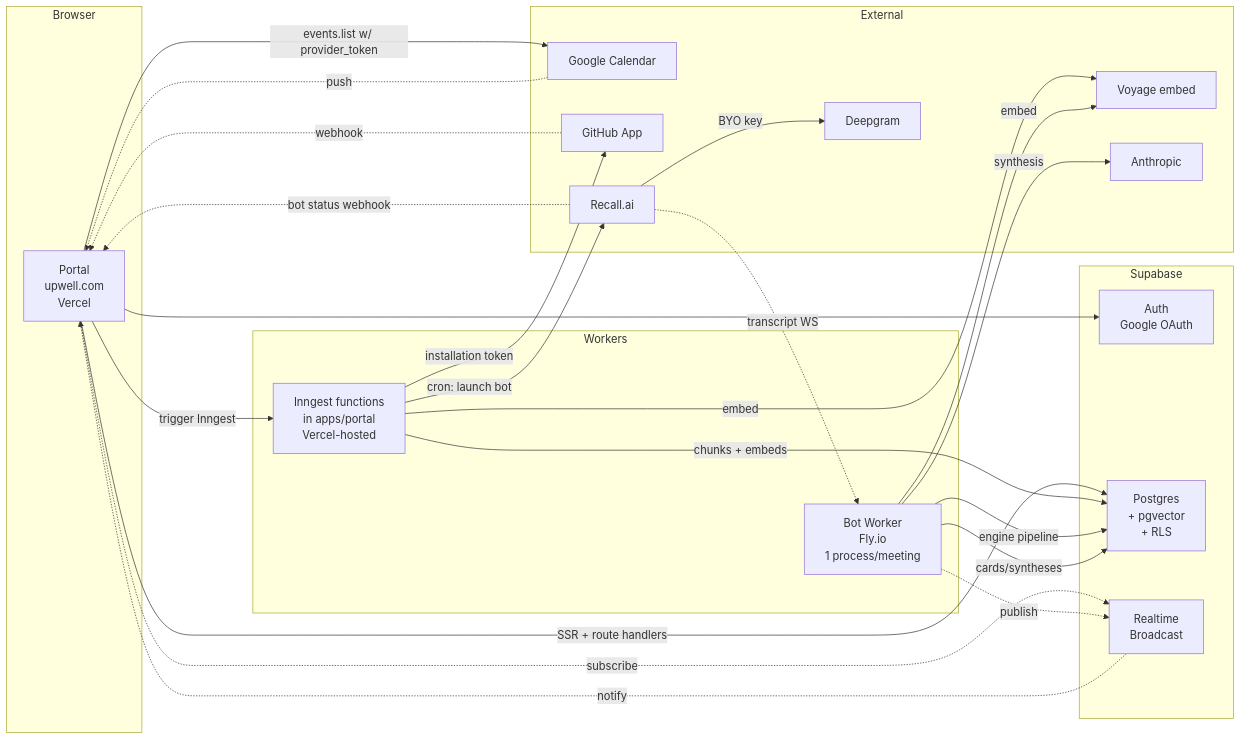
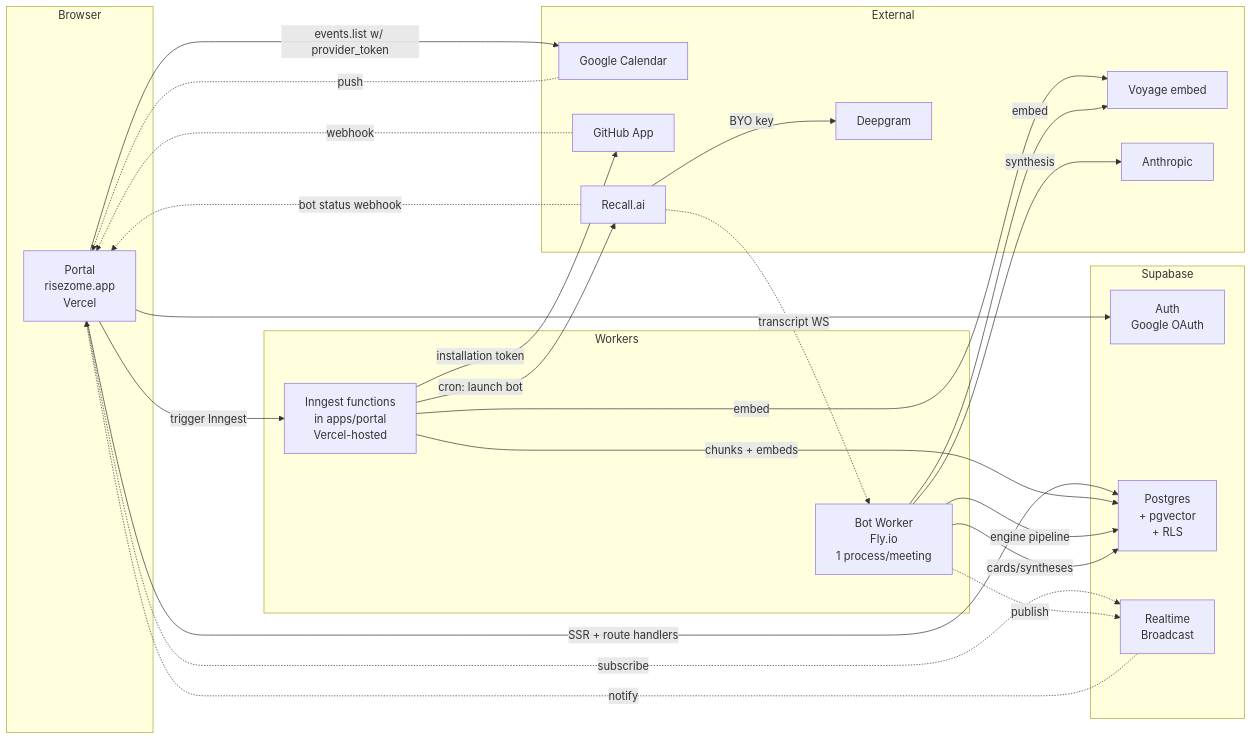
One commit to onthecaseapps/risezome changed the diagram in docs/plans/2026-05-30-002-feat-upwell-portal-saas-plan.md. Above: the diagram before and after it, drawn with Mermaid. The commit also changed other lines of this file and 70 other files, not shown here.

First line of the commit message:
rename: Upwell -> Risezome (full rename)

````diff
--- a/docs/plans/2026-05-30-002-feat-upwell-portal-saas-plan.md
+++ b/docs/plans/2026-05-30-002-feat-upwell-portal-saas-plan.md
@@ -324,53 +324,53 @@
 ```mermaid
 flowchart LR
   subgraph Browser
-    portal[Portal<br/>upwell.com<br/>Vercel]
+    portal[Portal<br/>risezome.app<br/>Vercel]
   end
 
   subgraph Supabase
     auth[Auth<br/>Google OAuth]
     pg[Postgres<br/>+ pgvector<br/>+ RLS]
     rt[Realtime<br/>Broadcast]
   end
 
   subgraph Workers
     indexer[Inngest functions<br/>in apps/portal<br/>Vercel-hosted]
     botworker[Bot Worker<br/>Fly.io<br/>1 process/meeting]
   end
 
   subgraph External
     google[Google Calendar]
     github[GitHub App]
     recall[Recall.ai]
     voyage[Voyage embed]
     anthropic[Anthropic]
     deepgram[Deepgram]
   end
 
   portal --> auth
   portal -->|SSR + route handlers| pg
   portal -.subscribe.-> rt
 
   google -.push.-> portal
   portal -->|events.list w/ provider_token| google
 
   github -.webhook.-> portal
   indexer -->|installation token| github
   indexer -->|chunks + embeds| pg
   indexer -->|embed| voyage
 
   portal -->|trigger Inngest| indexer
 
   indexer -->|cron: launch bot| recall
   recall -.bot status webhook.-> portal
   recall -.transcript WS.-> botworker
 
   botworker -->|engine pipeline| pg
   botworker -->|embed| voyage
   botworker -->|synthesis| anthropic
   botworker -->|cards/syntheses| pg
   botworker -.publish.-> rt
   rt -.notify.-> portal
 
   recall -->|BYO key| deepgram
 ```
````
